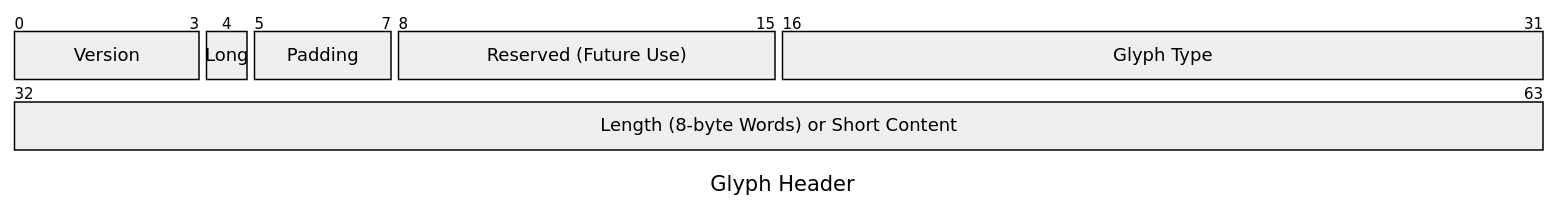
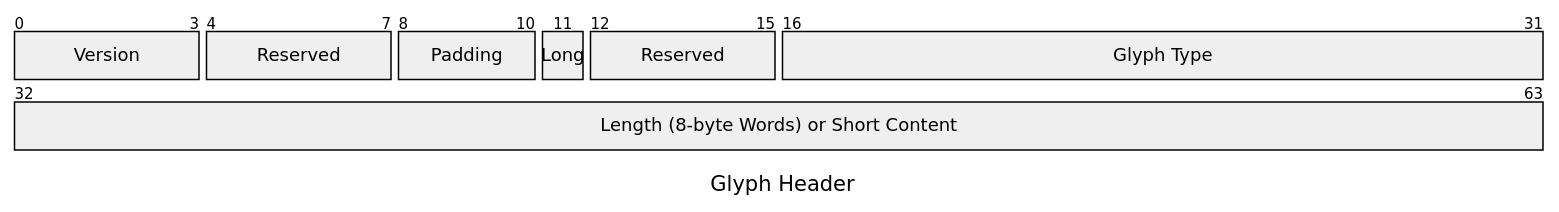
Before and after one commit to elara-themica/glifs-contributor-guide: the first of 15 diagrams in src/binary_formats.md, drawn with Mermaid (neutral theme). The commit also changed other lines of this file, not shown here.

````diff
--- a/src/binary_formats.md
+++ b/src/binary_formats.md
@@ -7,12 +12,13 @@
 ```mermaid
 ---
 title: "Glyph Header"
 ---
 packet-beta
 0-3: "Version"
-4: "Long"
-5-7: "Padding"
-8-15: "Reserved (Future Use)"
+4-7: "Reserved"
+8-10: "Padding"
+11: "Long"
+12-15: "Reserved"
 16-31: "Glyph Type"
 32-63: "Length (8-byte Words) or Short Content"
 ```
````
